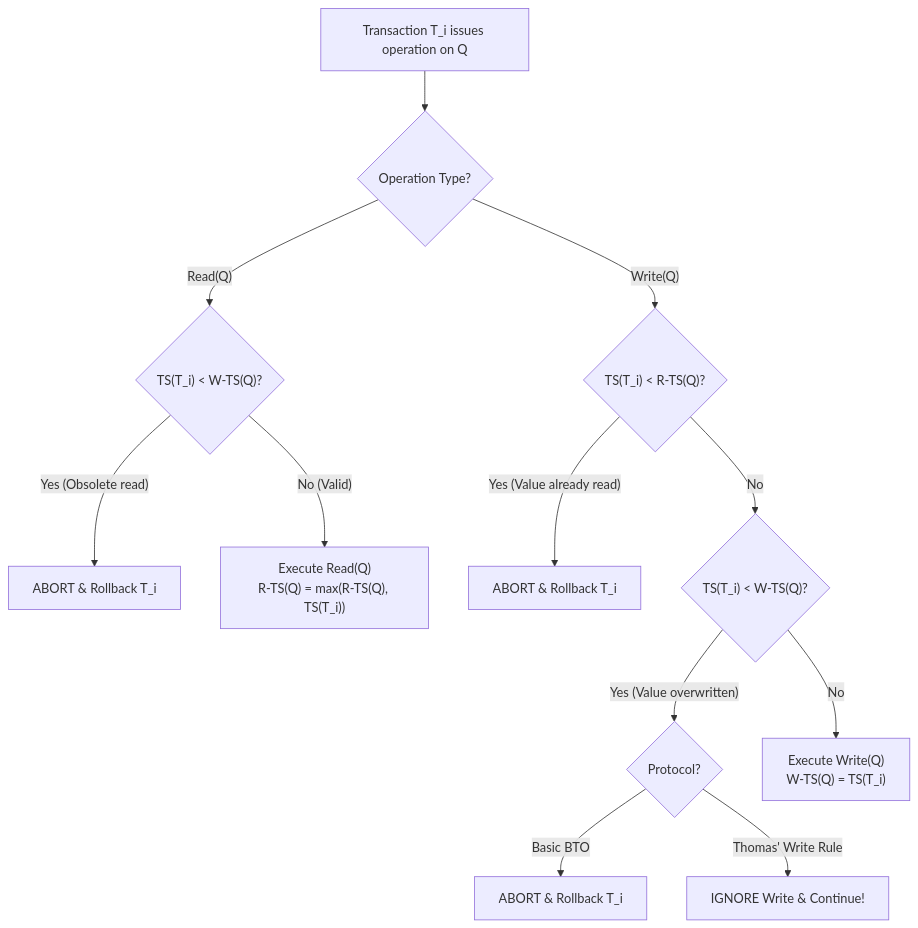
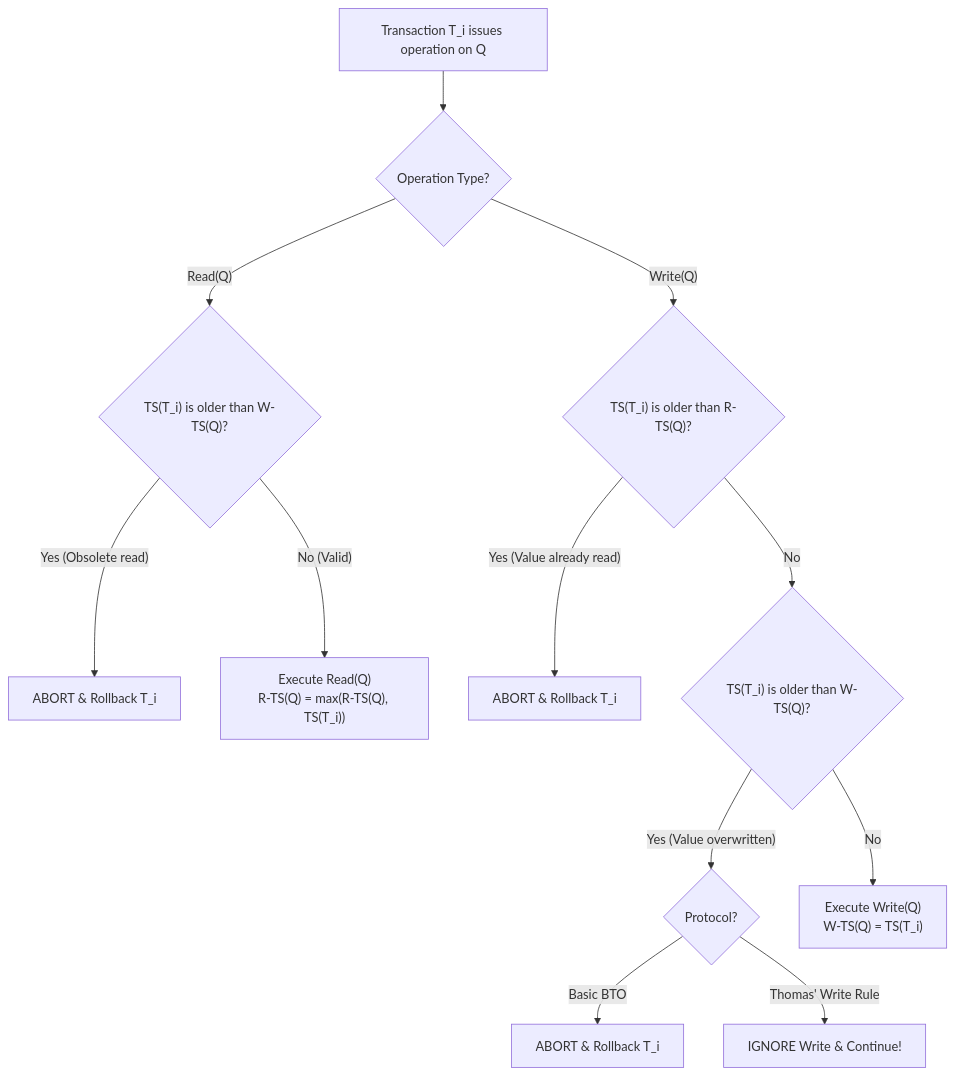
Before and after one commit to rohithgowda18/Notes: diagram 17 of 18 in 02-DBMS/Transactions-and-Concurrency-Control.md, drawn with Mermaid. The commit also changed other lines of this file and 4 other files, not shown here.

````diff
--- a/02-DBMS/Transactions-and-Concurrency-Control.md
+++ b/02-DBMS/Transactions-and-Concurrency-Control.md
@@ -551,16 +551,16 @@
 ```mermaid
 flowchart TD
     Op["Transaction T_i issues operation on Q"] --> CheckOp{"Operation Type?"}
 
-    CheckOp -->|"Read(Q)"| RCheck{"TS(T_i) < W-TS(Q)?"}
+    CheckOp -->|"Read(Q)"| RCheck{"TS(T_i) is older than W-TS(Q)?"}
     RCheck -->|"Yes (Obsolete read)"| AbortR["ABORT & Rollback T_i"]
-    RCheck -->|"No (Valid)"| ExecR["Execute Read(Q)\nR-TS(Q) = max(R-TS(Q), TS(T_i))"]
+    RCheck -->|"No (Valid)"| ExecR["Execute Read(Q)<br/>R-TS(Q) = max(R-TS(Q), TS(T_i))"]
 
-    CheckOp -->|"Write(Q)"| WCheck1{"TS(T_i) < R-TS(Q)?"}
+    CheckOp -->|"Write(Q)"| WCheck1{"TS(T_i) is older than R-TS(Q)?"}
     WCheck1 -->|"Yes (Value already read)"| AbortW1["ABORT & Rollback T_i"]
-    WCheck1 -->|"No"| WCheck2{"TS(T_i) < W-TS(Q)?"}
+    WCheck1 -->|"No"| WCheck2{"TS(T_i) is older than W-TS(Q)?"}
     WCheck2 -->|"Yes (Value overwritten)"| Choice{"Protocol?"}
     Choice -->|"Basic BTO"| AbortW2["ABORT & Rollback T_i"]
     Choice -->|"Thomas' Write Rule"| IgnoreW["IGNORE Write & Continue!"]
-    WCheck2 -->|"No"| ExecW["Execute Write(Q)\nW-TS(Q) = TS(T_i)"]
+    WCheck2 -->|"No"| ExecW["Execute Write(Q)<br/>W-TS(Q) = TS(T_i)"]
 ```
````
